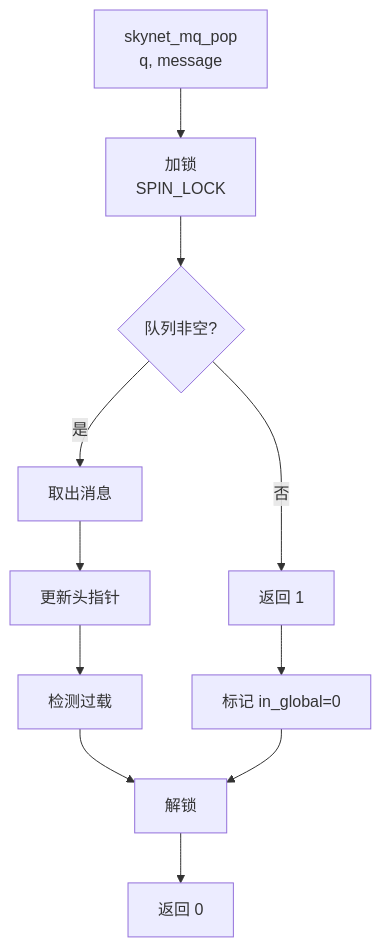
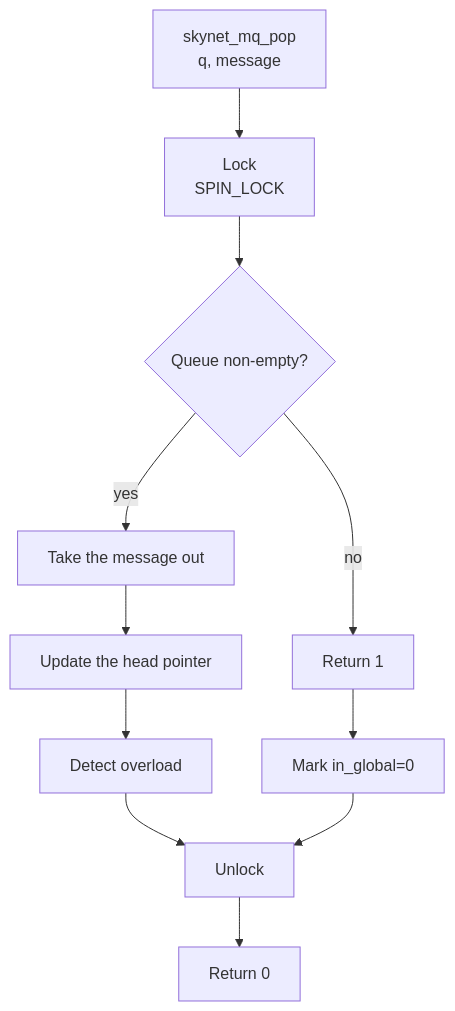
The third of 7 diagrams in docs/analysis/skynet-mq.md (cuihairu/skynet), drawn with Mermaid before and after one commit. The commit also changed other lines of this file and 86 other files, not shown here.

````diff
--- a/docs/analysis/skynet-mq.md
+++ b/docs/analysis/skynet-mq.md
@@ -268,13 +268,13 @@
 ```mermaid
 graph TD
-    A[skynet_mq_pop<br/>q, message] --> B[加锁<br/>SPIN_LOCK]
-    B --> C{队列非空?}
-    C -->|是| D[取出消息]
-    C -->|否| E[返回 1]
-    D --> F[更新头指针]
-    F --> G[检测过载]
-    G --> H[解锁]
-    H --> I[返回 0]
-    E --> J[标记 in_global=0]
+    A[skynet_mq_pop<br/>q, message] --> B[Lock<br/>SPIN_LOCK]
+    B --> C{Queue non-empty?}
+    C -->|yes| D[Take the message out]
+    C -->|no| E[Return 1]
+    D --> F[Update the head pointer]
+    F --> G[Detect overload]
+    G --> H[Unlock]
+    H --> I[Return 0]
+    E --> J[Mark in_global=0]
     J --> H
 ```
````
